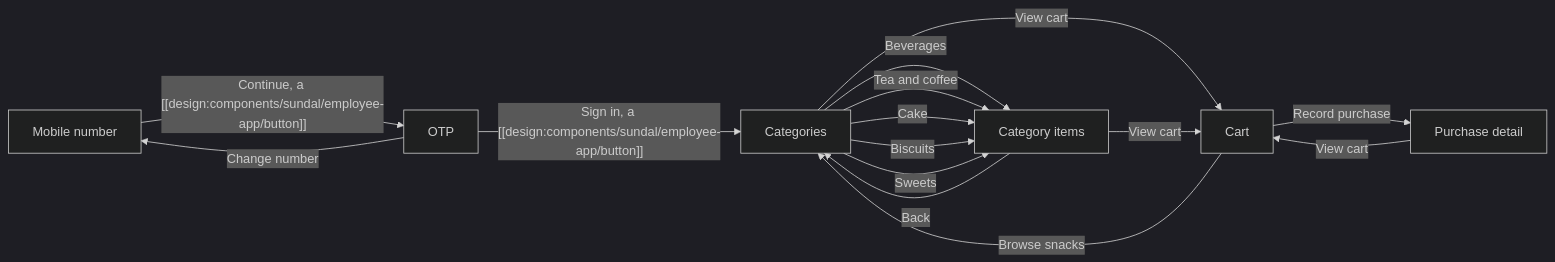
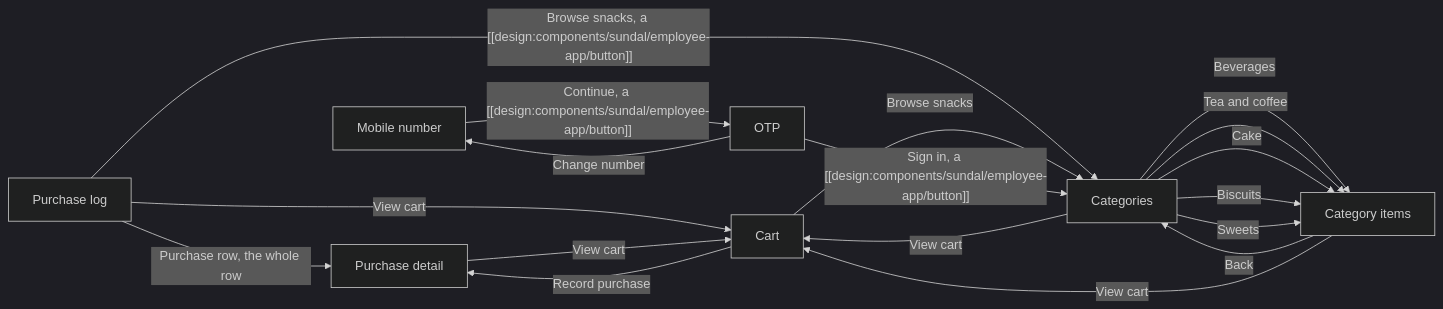
Before and after one commit to humbleatethefool/Sundal: the diagram in wiki/_derived/graph-surfaces.md, drawn with Mermaid (dark theme). The commit also changed 20 other files, not shown here.

Commit message:
[wiki]: renamed the log pages to purchase log so lint, audit and reindex cover them

````diff
--- a/wiki/_derived/graph-surfaces.md
+++ b/wiki/_derived/graph-surfaces.md
@@ -9,23 +9,27 @@
 ```mermaid
 flowchart LR
+    design_surfaces_sundal_employee_app_purchase_log_purchase_log_list["Purchase log"]
     design_surfaces_sundal_employee_app_record_a_purchase_categories_list["Categories"]
     design_surfaces_sundal_employee_app_record_a_purchase_category_items_list["Category items"]
     design_surfaces_sundal_employee_app_record_a_purchase_cart_list["Cart"]
     design_surfaces_sundal_employee_app_record_a_purchase_purchase_detail_detail["Purchase detail"]
     design_surfaces_sundal_employee_app_sign_in_mobile_number_form["Mobile number"]
     design_surfaces_sundal_employee_app_sign_in_otp_form["OTP"]
+    design_surfaces_sundal_employee_app_purchase_log_purchase_log_list -->|"Purchase row, the whole row"| design_surfaces_sundal_employee_app_record_a_purchase_purchase_detail_detail
+    design_surfaces_sundal_employee_app_purchase_log_purchase_log_list -->|"Browse snacks, a [[design:components/sundal/employee-app/button]]"| design_surfaces_sundal_employee_app_record_a_purchase_categories_list
+    design_surfaces_sundal_employee_app_purchase_log_purchase_log_list -->|"View cart"| design_surfaces_sundal_employee_app_record_a_purchase_cart_list
     design_surfaces_sundal_employee_app_record_a_purchase_categories_list -->|"Beverages"| design_surfaces_sundal_employee_app_record_a_purchase_category_items_list
     design_surfaces_sundal_employee_app_record_a_purchase_categories_list -->|"Tea and coffee"| design_surfaces_sundal_employee_app_record_a_purchase_category_items_list
     design_surfaces_sundal_employee_app_record_a_purchase_categories_list -->|"Cake"| design_surfaces_sundal_employee_app_record_a_purchase_category_items_list
     design_surfaces_sundal_employee_app_record_a_purchase_categories_list -->|"Biscuits"| design_surfaces_sundal_employee_app_record_a_purchase_category_items_list
     design_surfaces_sundal_employee_app_record_a_purchase_categories_list -->|"Sweets"| design_surfaces_sundal_employee_app_record_a_purchase_category_items_list
     design_surfaces_sundal_employee_app_record_a_purchase_categories_list -->|"View cart"| design_surfaces_sundal_employee_app_record_a_purchase_cart_list
     design_surfaces_sundal_employee_app_record_a_purchase_category_items_list -->|"Back"| design_surfaces_sundal_employee_app_record_a_purchase_categories_list
     design_surfaces_sundal_employee_app_record_a_purchase_category_items_list -->|"View cart"| design_surfaces_sundal_employee_app_record_a_purchase_cart_list
     design_surfaces_sundal_employee_app_record_a_purchase_cart_list -->|"Record purchase"| design_surfaces_sundal_employee_app_record_a_purchase_purchase_detail_detail
     design_surfaces_sundal_employee_app_record_a_purchase_cart_list -->|"Browse snacks"| design_surfaces_sundal_employee_app_record_a_purchase_categories_list
     design_surfaces_sundal_employee_app_record_a_purchase_purchase_detail_detail -->|"View cart"| design_surfaces_sundal_employee_app_record_a_purchase_cart_list
     design_surfaces_sundal_employee_app_sign_in_mobile_number_form -->|"Continue, a [[design:components/sundal/employee-app/button]]"| design_surfaces_sundal_employee_app_sign_in_otp_form
     design_surfaces_sundal_employee_app_sign_in_otp_form -->|"Sign in, a [[design:components/sundal/employee-app/button]]"| design_surfaces_sundal_employee_app_record_a_purchase_categories_list
     design_surfaces_sundal_employee_app_sign_in_otp_form -->|"Change number"| design_surfaces_sundal_employee_app_sign_in_mobile_number_form
 ```
````
